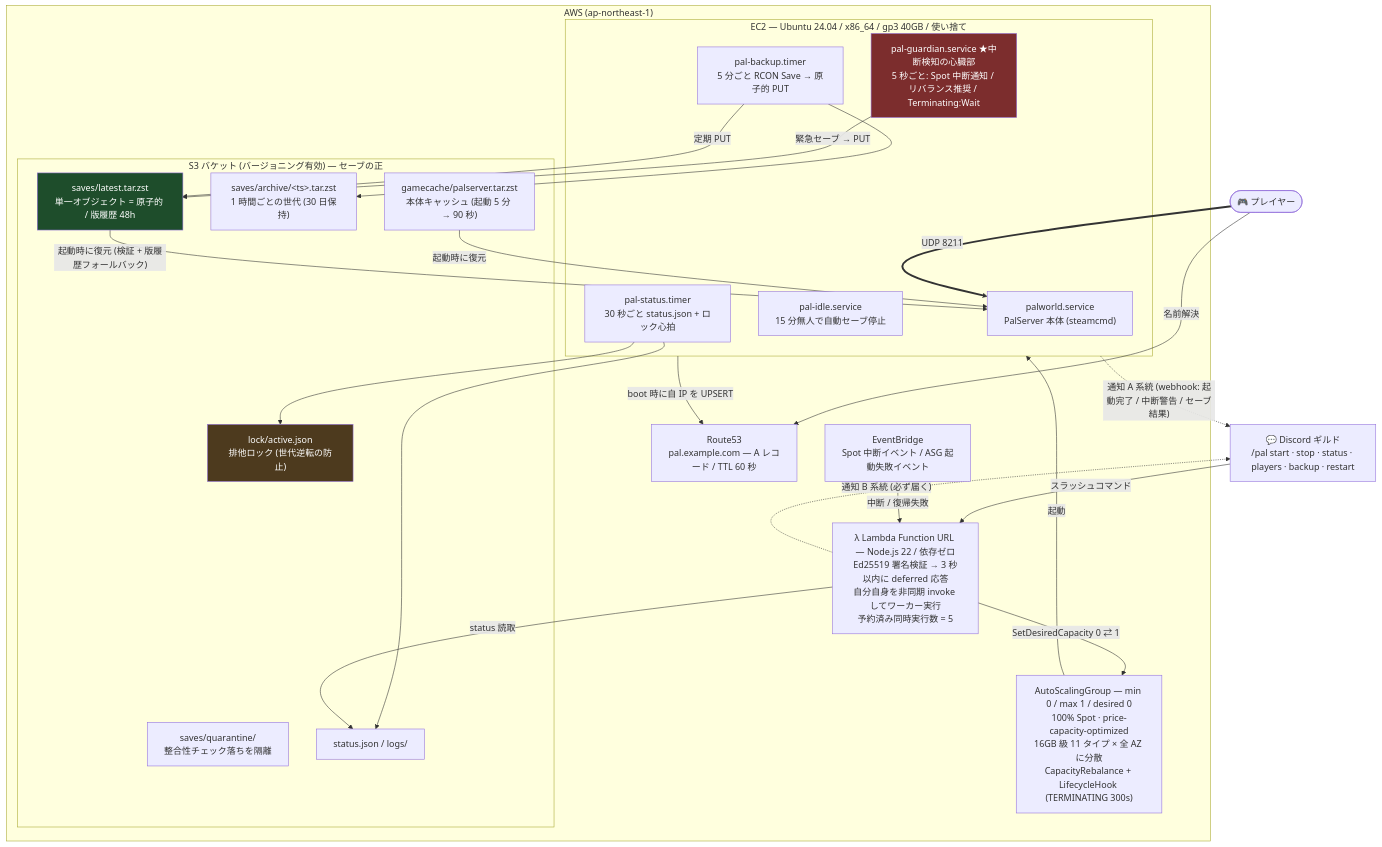
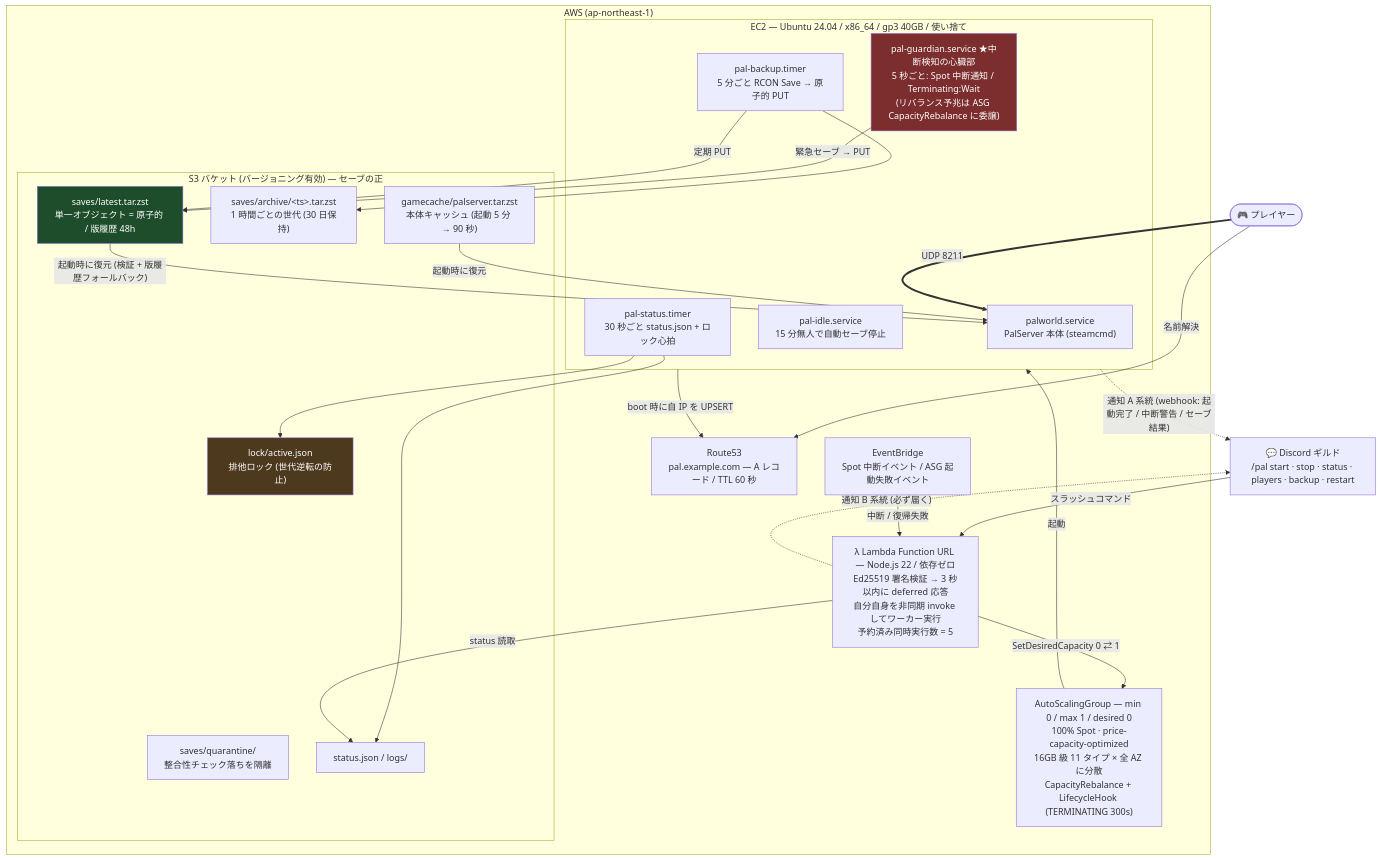
Before and after one commit to azarasi1226/palworld-server: the diagram in DESIGN.md, drawn with Mermaid. The commit also changed other lines of this file and 2 other files, not shown here.

````diff
--- a/DESIGN.md
+++ b/DESIGN.md
@@ -23,51 +39,51 @@
 ```mermaid
 flowchart TB
     player(["🎮 プレイヤー"])
     discord["💬 Discord ギルド<br>/pal start · stop · status · players · backup · restart"]
 
     subgraph aws["AWS (ap-northeast-1)"]
         lambda["λ Lambda Function URL — Node.js 22 / 依存ゼロ<br>Ed25519 署名検証 → 3 秒以内に deferred 応答<br>自分自身を非同期 invoke してワーカー実行<br>予約済み同時実行数 = 5"]
         eb["EventBridge<br>Spot 中断イベント / ASG 起動失敗イベント"]
         asg["AutoScalingGroup — min 0 / max 1 / desired 0<br>100% Spot · price-capacity-optimized<br>16GB 級 11 タイプ × 全 AZ に分散<br>CapacityRebalance + LifecycleHook (TERMINATING 300s)"]
         r53["Route53<br>pal.example.com — A レコード / TTL 60 秒"]
 
         subgraph ec2["EC2 — Ubuntu 24.04 / x86_64 / gp3 40GB / 使い捨て"]
             pal["palworld.service<br>PalServer 本体 (steamcmd)"]
-            guardian["pal-guardian.service ★中断検知の心臓部<br>5 秒ごと: Spot 中断通知 / リバランス推奨 / Terminating:Wait"]
+            guardian["pal-guardian.service ★中断検知の心臓部<br>5 秒ごと: Spot 中断通知 / Terminating:Wait<br>(リバランス予兆は ASG CapacityRebalance に委譲)"]
             backupt["pal-backup.timer<br>5 分ごと RCON Save → 原子的 PUT"]
             idle["pal-idle.service<br>15 分無人で自動セーブ停止"]
             statust["pal-status.timer<br>30 秒ごと status.json + ロック心拍"]
         end
 
         subgraph s3["S3 バケット (バージョニング有効) — セーブの正"]
             latest["saves/latest.tar.zst<br>単一オブジェクト = 原子的 / 版履歴 48h"]
             archive["saves/archive/&lt;ts&gt;.tar.zst<br>1 時間ごとの世代 (30 日保持)"]
             quarantine["saves/quarantine/<br>整合性チェック落ちを隔離"]
             lock["lock/active.json<br>排他ロック (世代逆転の防止)"]
             cache["gamecache/palserver.tar.zst<br>本体キャッシュ (起動 5 分 → 90 秒)"]
             statusj["status.json / logs/"]
         end
     end
 
     discord -- "スラッシュコマンド" --> lambda
     lambda -- "SetDesiredCapacity 0 ⇄ 1" --> asg
     eb -- "中断 / 復帰失敗" --> lambda
     lambda -. "通知 B 系統 (必ず届く)" .-> discord
     asg -- "起動" --> ec2
     ec2 -- "boot 時に自 IP を UPSERT" --> r53
     player -- "名前解決" --> r53
     player == "UDP 8211" ==> pal
     guardian -- "緊急セーブ → PUT" --> latest
     backupt -- "定期 PUT" --> latest
     backupt --> archive
     statust --> statusj
     statust --> lock
     ec2 -. "通知 A 系統 (webhook: 起動完了 / 中断警告 / セーブ結果)" .-> discord
     lambda -- "status 読取" --> statusj
     cache -- "起動時に復元" --> pal
     latest -- "起動時に復元 (検証 + 版履歴フォールバック)" --> pal
 
     style guardian fill:#7c2d2d,color:#fff
     style latest fill:#1e4d2b,color:#fff
     style lock fill:#4d3a1e,color:#fff
 ```
````
